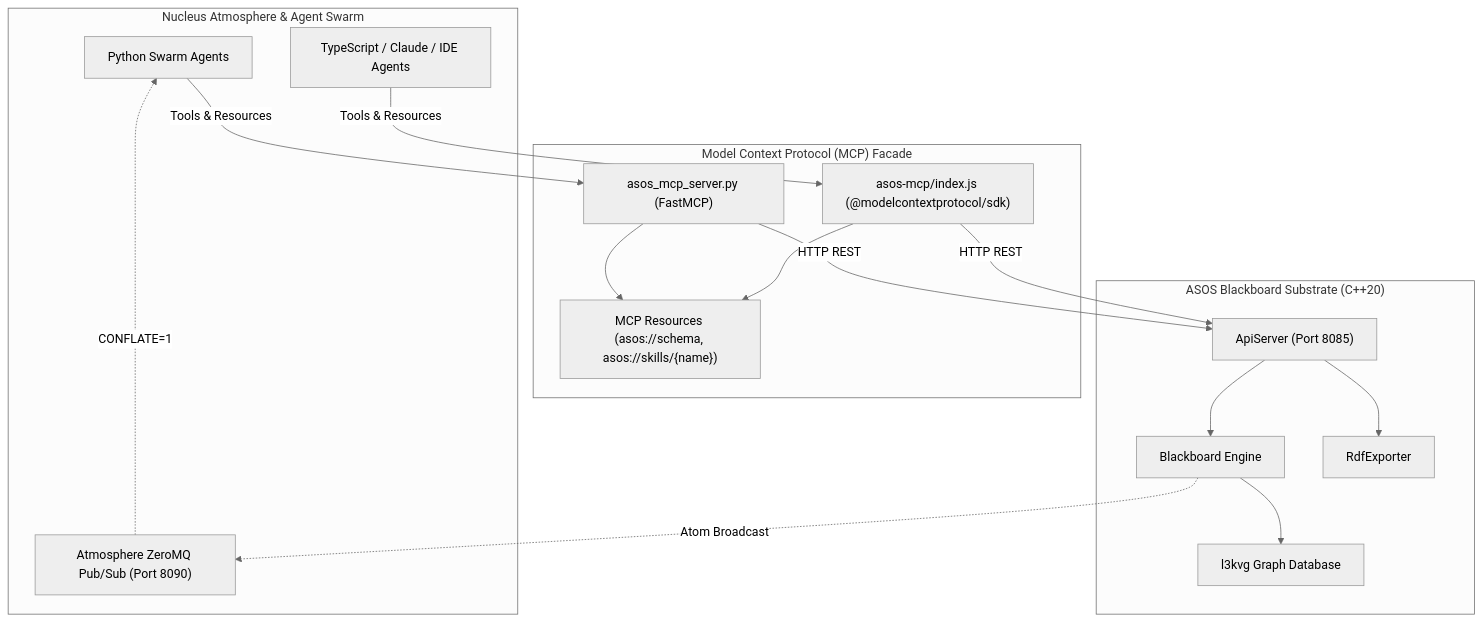
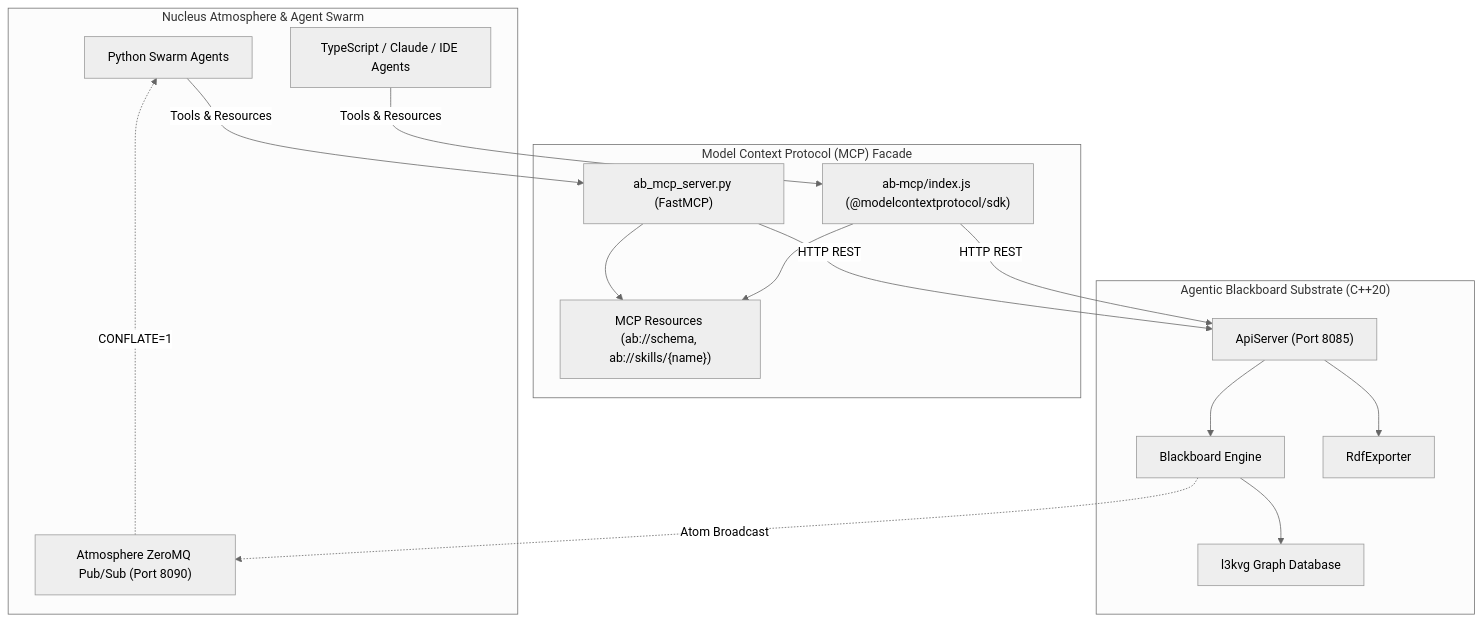
One commit to jasoncoposky/agentic_blackboard changed the diagram in docs/superpowers/specs/2026-09-16-atmosphere-agent-mcp-commonplace-design.md. Above: the diagram before and after it, drawn with Mermaid (neutral theme). The commit also changed other lines of this file and 28 other files, not shown here.

Commit message:
docs: complete rebranding from asos to agentic_blackboard and ab across all documentation

````diff
--- a/docs/superpowers/specs/2026-09-16-atmosphere-agent-mcp-commonplace-design.md
+++ b/docs/superpowers/specs/2026-09-16-atmosphere-agent-mcp-commonplace-design.md
@@ -21,33 +21,33 @@
 ```mermaid
 flowchart TD
     subgraph AtmosphereMesh ["Nucleus Atmosphere & Agent Swarm"]
         AgentPy["Python Swarm Agents"]
         AgentJS["TypeScript / Claude / IDE Agents"]
         ZmqPubSub["Atmosphere ZeroMQ Pub/Sub (Port 8090)"]
     end
 
     subgraph McpLayer ["Model Context Protocol (MCP) Facade"]
-        FastMCP["asos_mcp_server.py (FastMCP)"]
-        NodeMCP["asos-mcp/index.js (@modelcontextprotocol/sdk)"]
-        McpResources["MCP Resources (asos://schema, asos://skills/{name})"]
+        FastMCP["ab_mcp_server.py (FastMCP)"]
+        NodeMCP["ab-mcp/index.js (@modelcontextprotocol/sdk)"]
+        McpResources["MCP Resources (ab://schema, ab://skills/{name})"]
     end
 
-    subgraph RestSubstrate ["ASOS Blackboard Substrate (C++20)"]
+    subgraph RestSubstrate ["Agentic Blackboard Substrate (C++20)"]
         ApiServer["ApiServer (Port 8085)"]
         Blackboard["Blackboard Engine"]
         L3KVG["l3kvg Graph Database"]
         RdfEngine["RdfExporter"]
     end
 
     AgentPy -->|"Tools & Resources"| FastMCP
     AgentJS -->|"Tools & Resources"| NodeMCP
     FastMCP --> McpResources
     NodeMCP --> McpResources
     FastMCP -->|"HTTP REST"| ApiServer
     NodeMCP -->|"HTTP REST"| ApiServer
     ApiServer --> Blackboard
     ApiServer --> RdfEngine
     Blackboard --> L3KVG
     Blackboard -.->|"Atom Broadcast"| ZmqPubSub
     ZmqPubSub -.->|"CONFLATE=1"| AgentPy
 ```
````
